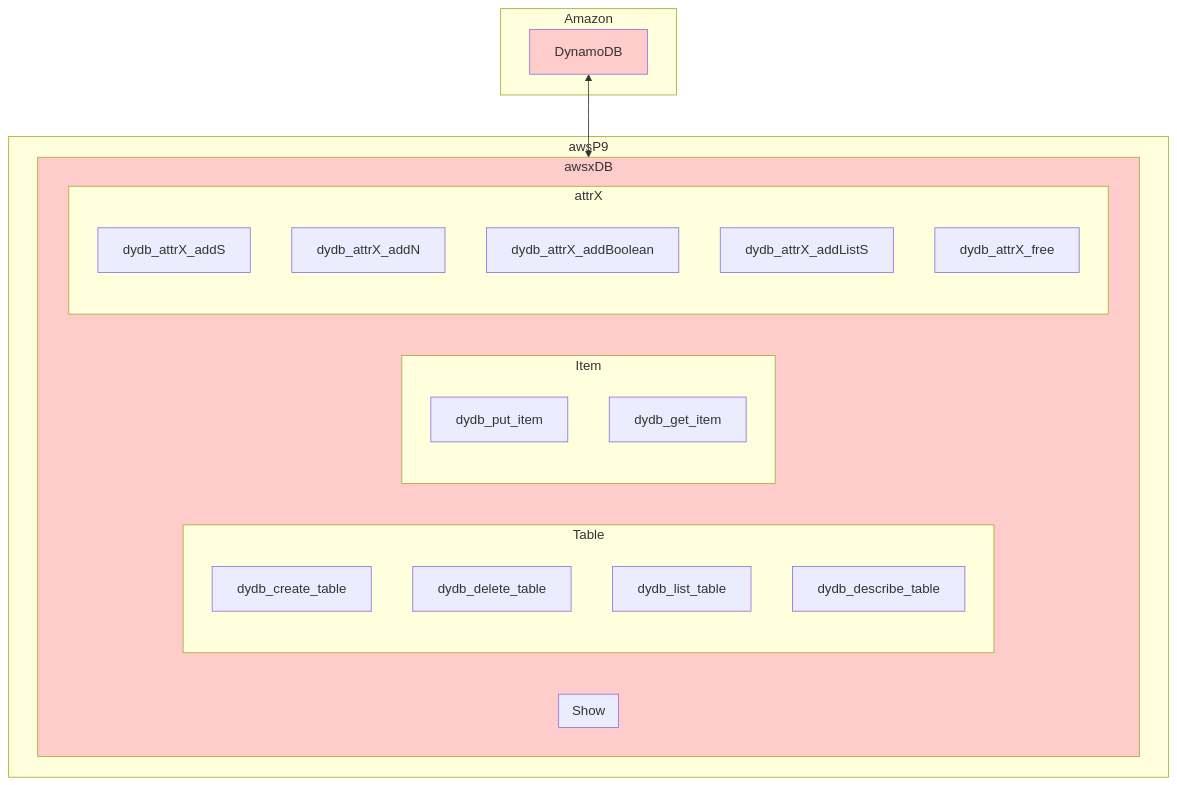
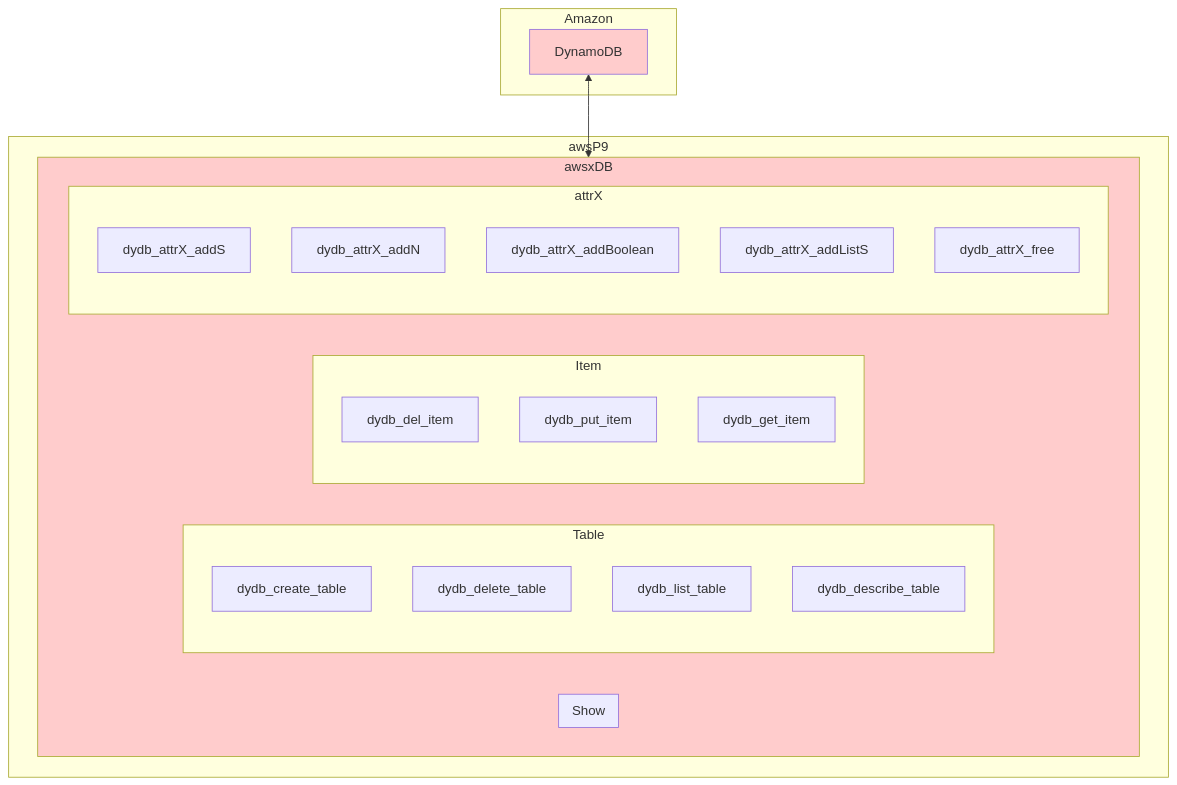
The first of 2 diagrams in README.md (lankahsu520/awsP9), drawn with Mermaid before and after one commit. The commit also changed 2 other files, not shown here.

Commit message:
for DynamoDB, add dydb_del_item

````diff
--- a/README.md
+++ b/README.md
@@ -15,50 +15,50 @@
 ```mermaid
 flowchart TD
 	subgraph Amazon
 		DynamoDB
 	end
 
 	subgraph awsP9
 		subgraph awsxDB
 			subgraph Show
 				
 
 
 
 			end
 			subgraph Table
 				dydb_create_table
 				dydb_delete_table
 				dydb_list_table
 				dydb_describe_table
 			end
 
 			subgraph Item
-				
+				dydb_del_item
 				dydb_put_item
 
 
 				dydb_get_item
 
 
 			end
 			
 			subgraph attrX
 				dydb_attrX_addS
 				dydb_attrX_addN
 				dydb_attrX_addBoolean
 				dydb_attrX_addListS
 				dydb_attrX_free
 			end
 		end
 	end
 	DynamoDB <--> awsxDB
 
 	classDef yellow fill:#FFFFCC
 	classDef pink fill:#FFCCCC
 	classDef blue fill:#0000FF
 	classDef lightblue fill:#ADD8E6
 
 	class DynamoDB pink
 	class awsxDB pink
 ```
````
